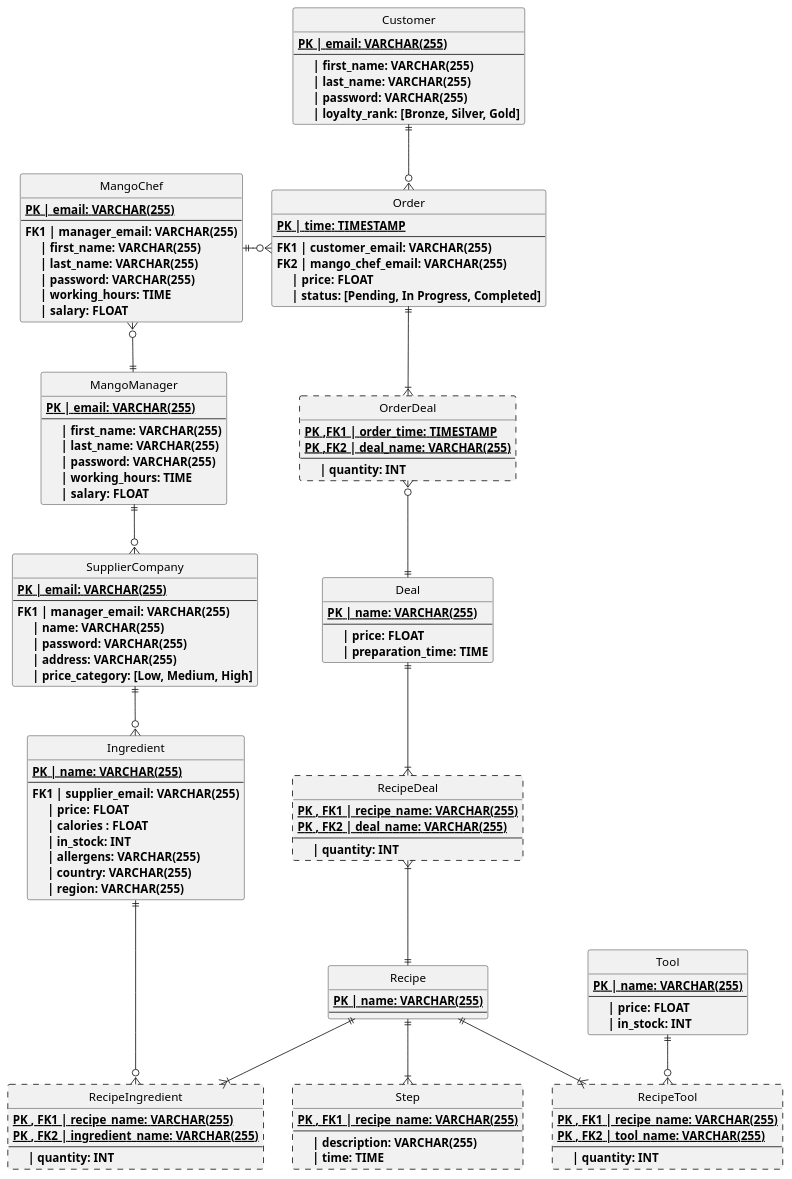
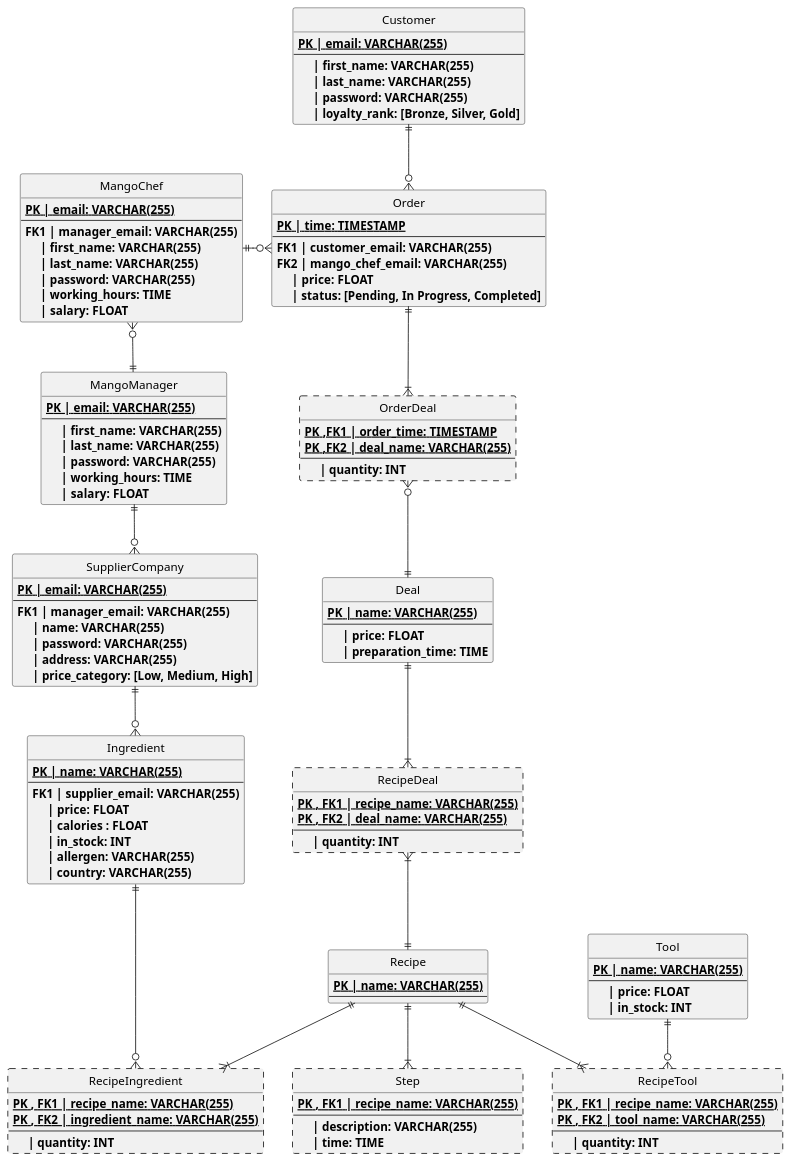
One commit to MorganKryze/MangoDB changed the diagram in Diagrams/src/Table.puml. Above: the diagram before and after it, drawn with PlantUML. The commit also changed 1 other file, not shown here.

Commit message:
📖 update diagram and first version of true db

```diff
--- a/Diagrams/src/Table.puml
+++ b/Diagrams/src/Table.puml
@@ -1,152 +1,151 @@
 @startuml Diagram of MangoDB
 Hide circle
 
 entity Customer
 {
     {static}<b>PK | email: VARCHAR(255)
     --
     <b>     | first_name: VARCHAR(255)
     <b>     | last_name: VARCHAR(255)
     <b>     | password: VARCHAR(255)
     <b>     | loyalty_rank: [Bronze, Silver, Gold]
 }
 
 entity Order
 {
     {static}<b>PK | time: TIMESTAMP
     --
     <b>FK1 | customer_email: VARCHAR(255)
     <b>FK2 | mango_chef_email: VARCHAR(255)
     <b>     | price: FLOAT
     <b>     | status: [Pending, In Progress, Completed]
 }
 
 entity OrderDeal ##[dashed]
 {
     {static}<b>PK ,FK1 | order_time: TIMESTAMP
     {static}<b>PK ,FK2 | deal_name: VARCHAR(255)
     --
     <b>     | quantity: INT
 }
 
 entity Deal
 {
     {static}<b>PK | name: VARCHAR(255)
     --
     <b>     | price: FLOAT
     <b>     | preparation_time: TIME
 }
 
 entity RecipeDeal ##[dashed]
 {
     {static}<b>PK , FK1 | recipe_name: VARCHAR(255)
     {static}<b>PK , FK2 | deal_name: VARCHAR(255)
     --
     <b>     | quantity: INT
 }
 
 entity Recipe
 {
     {static}<b>PK | name: VARCHAR(255)
     --
 }
 
 entity Step ##[dashed]
 {
     {static}<b>PK , FK1 | recipe_name: VARCHAR(255)
     --
     <b>     | description: VARCHAR(255)
     <b>     | time: TIME
 }
 
 entity RecipeIngredient ##[dashed]
 {
     {static}<b>PK , FK1 | recipe_name: VARCHAR(255)
     {static}<b>PK , FK2 | ingredient_name: VARCHAR(255)
     --
     <b>     | quantity: INT
 }
 
 entity RecipeTool ##[dashed]
 {
     {static}<b>PK , FK1 | recipe_name: VARCHAR(255)
     {static}<b>PK , FK2 | tool_name: VARCHAR(255)
     --
     <b>     | quantity: INT
 }
 
 entity Ingredient
 {
     {static}<b>PK | name: VARCHAR(255)
     --
     <b>FK1 | supplier_email: VARCHAR(255) 
     <b>     | price: FLOAT
     <b>     | calories : FLOAT
     <b>     | in_stock: INT
-    <b>     | allergens: VARCHAR(255)
+    <b>     | allergen: VARCHAR(255)
     <b>     | country: VARCHAR(255)
-    <b>     | region: VARCHAR(255)
 }
 
 entity Tool
 {
     {static}<b>PK | name: VARCHAR(255)
     --
     <b>     | price: FLOAT
     <b>     | in_stock: INT
 }
 
 
 entity SupplierCompany
 {   
     {static}<b>PK | email: VARCHAR(255)
     --
     <b>FK1 | manager_email: VARCHAR(255)
     <b>     | name: VARCHAR(255)
     <b>     | password: VARCHAR(255)
     <b>     | address: VARCHAR(255)
     <b>     | price_category: [Low, Medium, High]
 }
 
 entity MangoChef
 {
     {static}<b>PK | email: VARCHAR(255)
     --
     <b>FK1 | manager_email: VARCHAR(255)
     <b>     | first_name: VARCHAR(255)
     <b>     | last_name: VARCHAR(255)
     <b>     | password: VARCHAR(255)
     <b>     | working_hours: TIME
     <b>     | salary: FLOAT
 }
 
 entity MangoManager
 {
     {static}<b>PK | email: VARCHAR(255)
     --
     <b>     | first_name: VARCHAR(255)
     <b>     | last_name: VARCHAR(255)
     <b>     | password: VARCHAR(255)
     <b>     | working_hours: TIME
     <b>     | salary: FLOAT
 }
 
 MangoManager ||-down-o{ SupplierCompany
 MangoManager ||-up-o{ MangoChef
 MangoChef ||-right-o{ Order
 
 SupplierCompany ||-down-o{ Ingredient
 
 Customer ||-down-o{ Order
 Order  ||-down-|{ OrderDeal
 OrderDeal }o-down-|| Deal
 
 Recipe ||-down-|{ RecipeIngredient
 RecipeIngredient }o-up-|| Ingredient
 Recipe ||-down-|{ RecipeTool
 RecipeTool }o-up-|| Tool
 
 Recipe ||-down-|{ Step
 Deal ||-down-|{ RecipeDeal
 Recipe ||-up-|{ RecipeDeal
 @enduml
```
